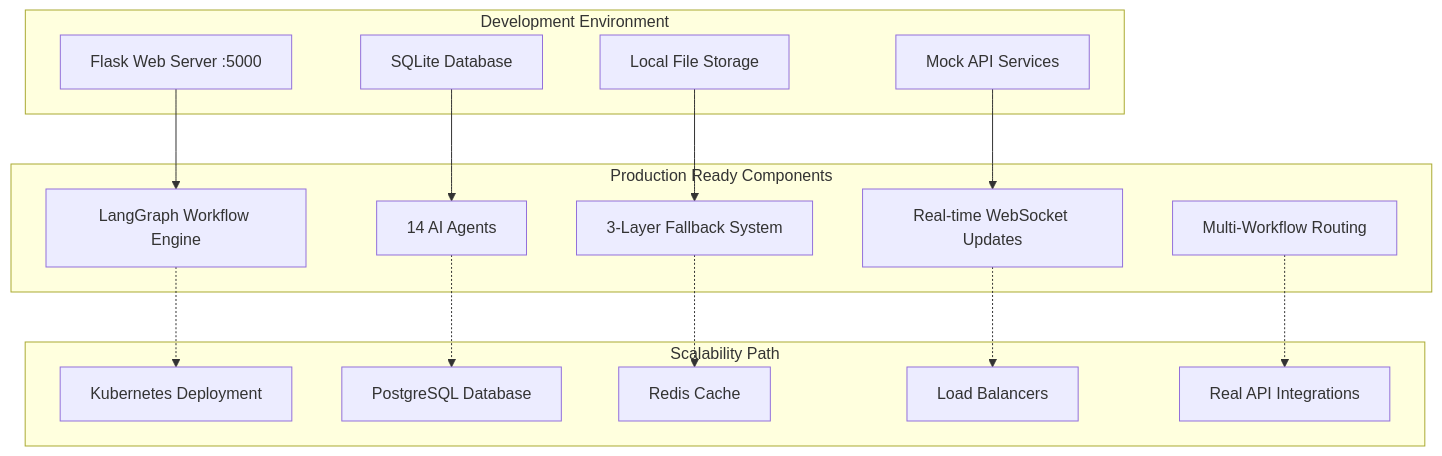
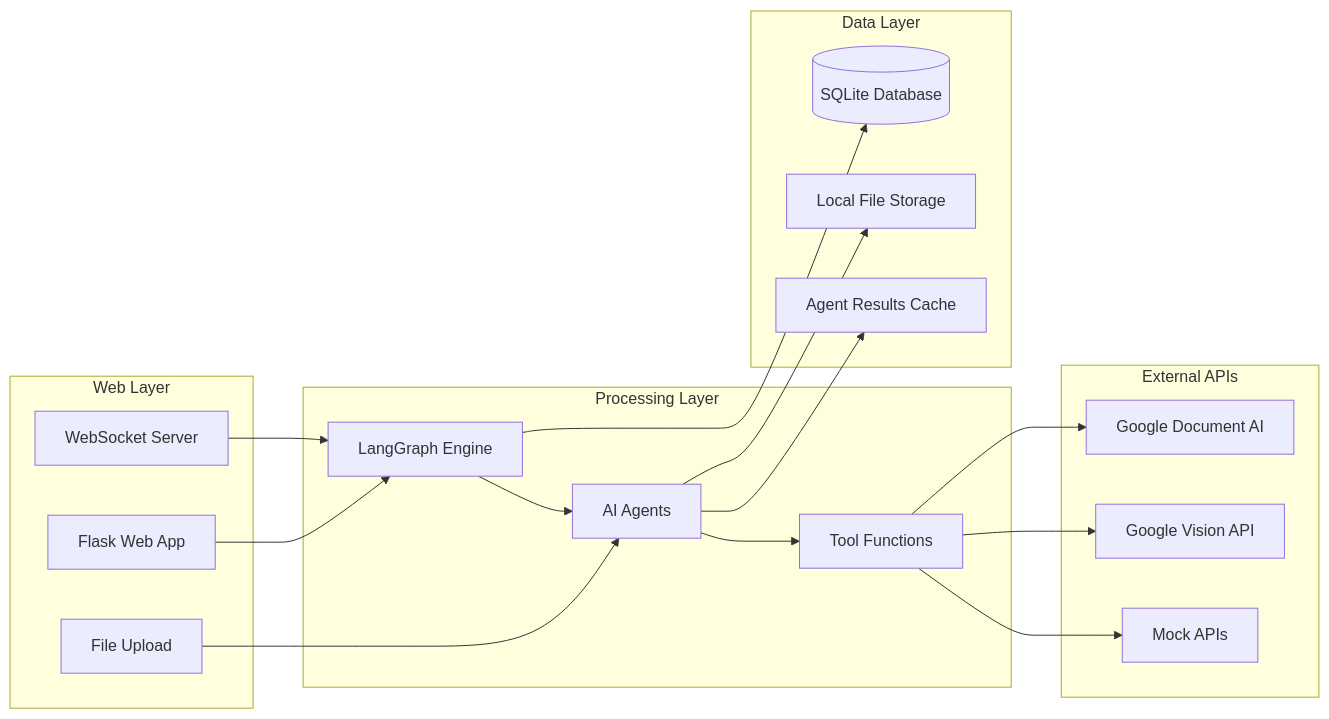
One commit to rishi154/merchant-onboarding changed the tenth of 11 diagrams in merchant-onboarding/AI_Agent_Architecture_Diagrams.md. Above: the diagram before and after it, drawn with Mermaid. The commit also changed other lines of this file and 20 other files, not shown here.

````diff
--- a/merchant-onboarding/AI_Agent_Architecture_Diagrams.md
+++ b/merchant-onboarding/AI_Agent_Architecture_Diagrams.md
@@ -346,36 +357,40 @@
 ```mermaid
-graph TB
-    subgraph "Development Environment"
-        DE1[Flask Web Server :5000]
-        DE2[SQLite Database]
-        DE3[Local File Storage]
-        DE4[Mock API Services]
+flowchart LR
+    subgraph "Web Layer"
+        WL1[Flask Web App]
+        WL2[WebSocket Server]
+        WL3[File Upload]
     end
     
-    subgraph "Production Ready Components"
-        PR1[LangGraph Workflow Engine]
-        PR2[14 AI Agents]
-        PR3[3-Layer Fallback System]
-        PR4[Real-time WebSocket Updates]
-        PR5[Multi-Workflow Routing]
+    subgraph "Processing Layer"
+        PL1[LangGraph Engine]
+        PL2[AI Agents]
+        PL3[Tool Functions]
     end
     
-    subgraph "Scalability Path"
-        SP1[Kubernetes Deployment]
-        SP2[PostgreSQL Database]
-        SP3[Redis Cache]
-        SP4[Load Balancers]
-        SP5[Real API Integrations]
+    subgraph "Data Layer"
+        DL1[(SQLite Database)]
+        DL2[Local File Storage]
+        DL3[Agent Results Cache]
     end
     
-    DE1 --> PR1
-    DE2 --> PR2
-    DE3 --> PR3
-    DE4 --> PR4
+    subgraph "External APIs"
+        EA1[Google Document AI]
+        EA2[Google Vision API]
+        EA3[Mock APIs]
+    end
     
-    PR1 -.-> SP1
-    PR2 -.-> SP2
-    PR3 -.-> SP3
-    PR4 -.-> SP4
-    PR5 -.-> SP5
+    WL1 --> PL1
+    WL2 --> PL1
+    WL3 --> PL2
+    
+    PL1 --> PL2
+    PL2 --> PL3
+    PL3 --> EA1
+    PL3 --> EA2
+    PL3 --> EA3
+    
+    PL1 --> DL1
+    PL2 --> DL2
+    PL2 --> DL3
 ```
````
